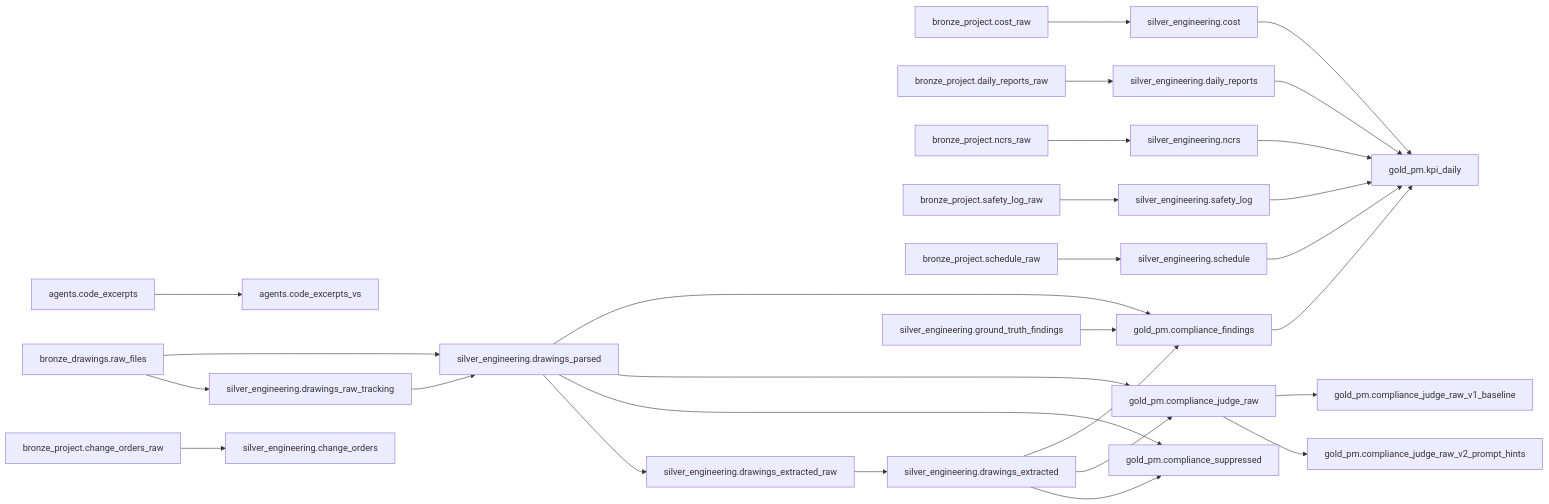
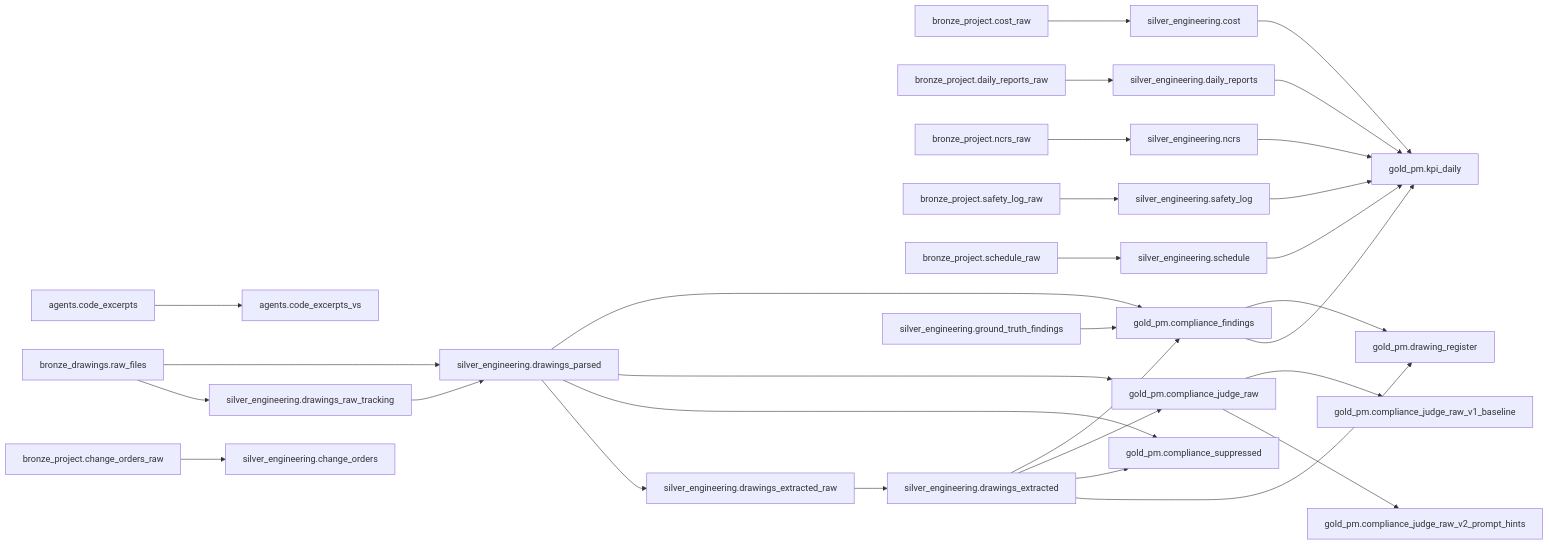
The diagram in 06_governance/outputs/lineage_edges.md (HobbsAnalytics/hobbs_fe), drawn with Mermaid before and after one commit. The commit also changed other lines of this file and 6 other files, not shown here.

````diff
--- a/06_governance/outputs/lineage_edges.md
+++ b/06_governance/outputs/lineage_edges.md
@@ -7,56 +7,59 @@
 ```mermaid
 flowchart LR
   n0["agents.code_excerpts"]
   n1["agents.code_excerpts_vs"]
   n2["bronze_drawings.raw_files"]
   n3["silver_engineering.drawings_parsed"]
   n4["silver_engineering.drawings_raw_tracking"]
   n5["bronze_project.change_orders_raw"]
   n6["silver_engineering.change_orders"]
   n7["bronze_project.cost_raw"]
   n8["silver_engineering.cost"]
   n9["bronze_project.daily_reports_raw"]
   n10["silver_engineering.daily_reports"]
   n11["bronze_project.ncrs_raw"]
   n12["silver_engineering.ncrs"]
   n13["bronze_project.safety_log_raw"]
   n14["silver_engineering.safety_log"]
   n15["bronze_project.schedule_raw"]
   n16["silver_engineering.schedule"]
   n17["gold_pm.compliance_findings"]
-  n18["gold_pm.kpi_daily"]
-  n19["gold_pm.compliance_judge_raw"]
-  n20["gold_pm.compliance_judge_raw_v1_baseline"]
-  n21["gold_pm.compliance_judge_raw_v2_prompt_hints"]
-  n22["silver_engineering.drawings_extracted"]
-  n23["gold_pm.compliance_suppressed"]
-  n24["silver_engineering.drawings_extracted_raw"]
-  n25["silver_engineering.ground_truth_findings"]
+  n18["gold_pm.drawing_register"]
+  n19["gold_pm.kpi_daily"]
+  n20["gold_pm.compliance_judge_raw"]
+  n21["gold_pm.compliance_judge_raw_v1_baseline"]
+  n22["gold_pm.compliance_judge_raw_v2_prompt_hints"]
+  n23["silver_engineering.drawings_extracted"]
+  n24["gold_pm.compliance_suppressed"]
+  n25["silver_engineering.drawings_extracted_raw"]
+  n26["silver_engineering.ground_truth_findings"]
   n0 --> n1
   n2 --> n3
   n2 --> n4
   n5 --> n6
   n7 --> n8
   n9 --> n10
   n11 --> n12
   n13 --> n14
   n15 --> n16
   n17 --> n18
-  n19 --> n20
-  n19 --> n21
-  n8 --> n18
-  n10 --> n18
-  n22 --> n17
-  n22 --> n19
-  n22 --> n23
-  n24 --> n22
+  n17 --> n19
+  n20 --> n21
+  n20 --> n22
+  n8 --> n19
+  n10 --> n19
+  n23 --> n17
+  n23 --> n20
+  n23 --> n24
+  n23 --> n18
+  n25 --> n23
   n3 --> n17
-  n3 --> n19
-  n3 --> n23
+  n3 --> n20
   n3 --> n24
+  n3 --> n25
   n4 --> n3
-  n25 --> n17
-  n12 --> n18
-  n14 --> n18
-  n16 --> n18
+  n26 --> n17
+  n12 --> n19
+  n14 --> n19
+  n16 --> n19
 ```
````
